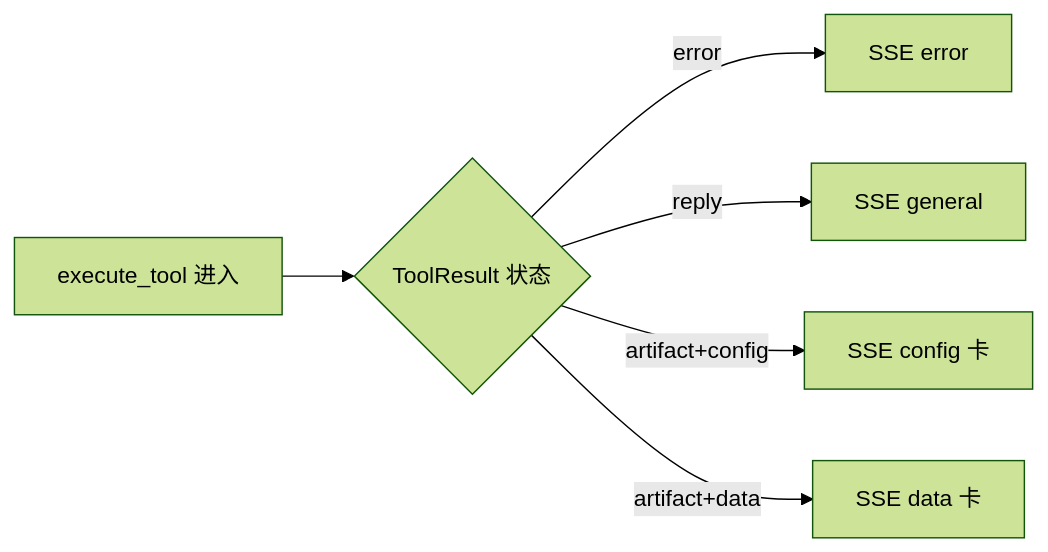
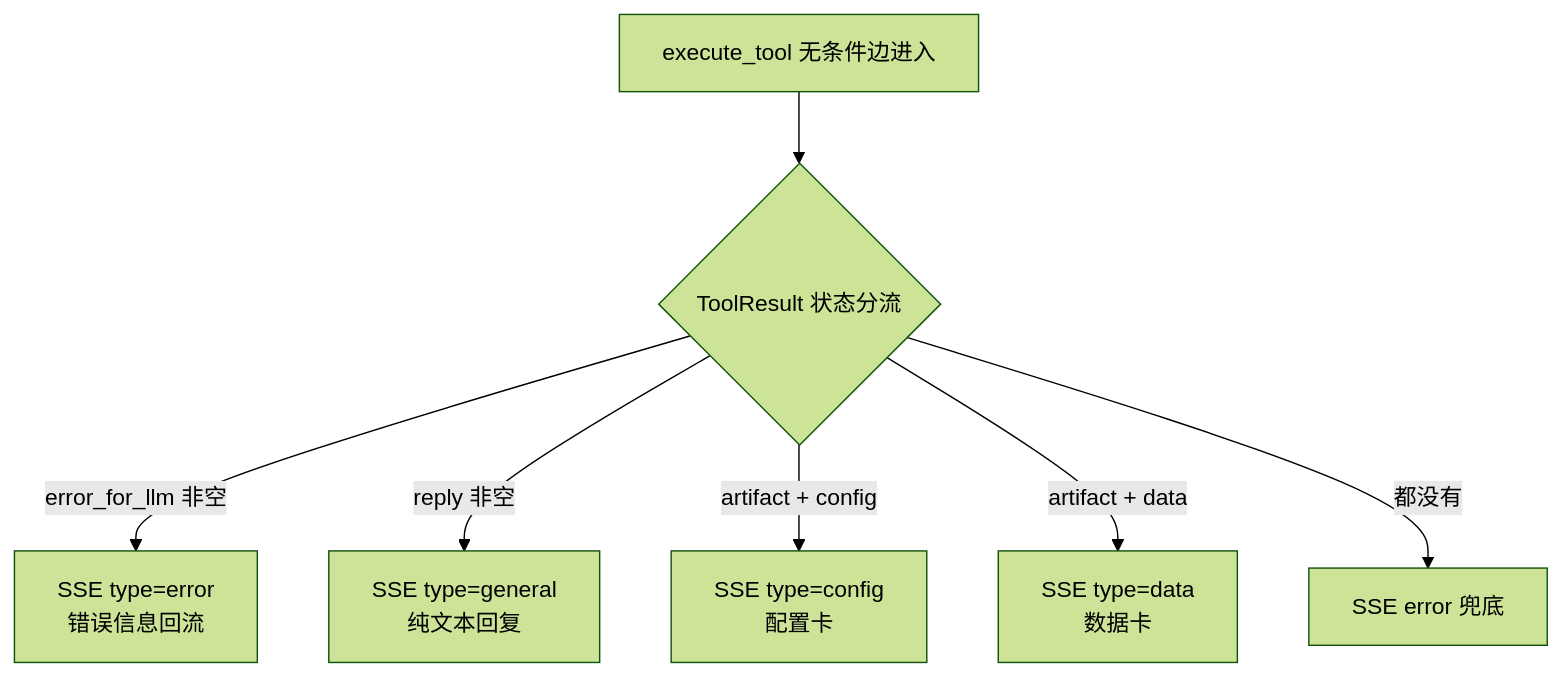
Before and after one commit to 996Code/llm-to-modeler: diagram 11 of 33 in doc/系统架构与学习指南.md, drawn with Mermaid (forest theme). The commit also changed other lines of this file and 82 other files, not shown here.

````diff
--- a/doc/系统架构与学习指南.md
+++ b/doc/系统架构与学习指南.md
@@ -177,8 +241,11 @@
 ```mermaid
-flowchart LR
-    Entry["execute_tool 进入"] --> R1{"ToolResult 状态"}
-    R1 -->|error| SSE1["SSE error"]
-    R1 -->|reply| SSE2["SSE general"]
-    R1 -->|artifact+config| SSE3["SSE config 卡"]
-    R1 -->|artifact+data| SSE4["SSE data 卡"]
+flowchart TD
+    Entry["execute_tool 无条件边进入"]
+    --> R1{"ToolResult 状态分流"}
+
+    R1 -->|"error_for_llm 非空"| SSE1["SSE type=error<br/>错误信息回流"]
+    R1 -->|"reply 非空"| SSE2["SSE type=general<br/>纯文本回复"]
+    R1 -->|"artifact + config"| SSE3["SSE type=config<br/>配置卡"]
+    R1 -->|"artifact + data"| SSE4["SSE type=data<br/>数据卡"]
+    R1 -->|都没有| SSE5["SSE error 兜底"]
 ```
````
